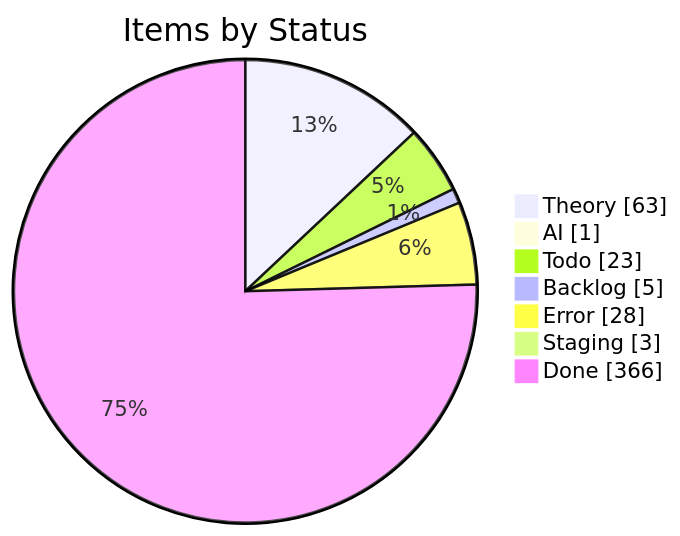
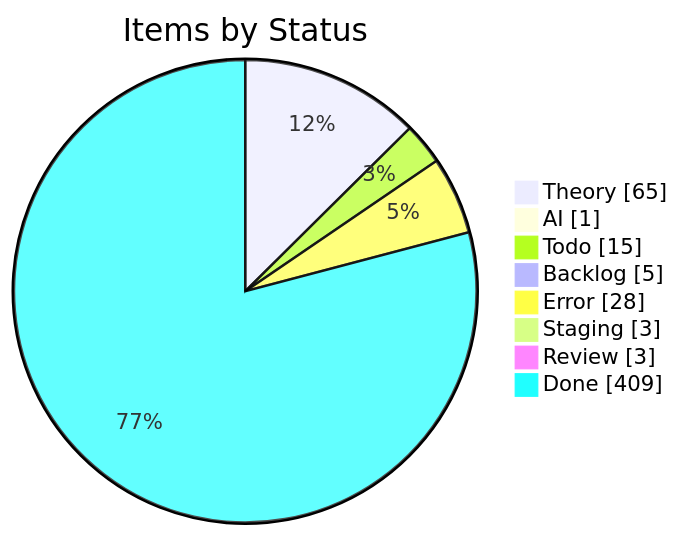
Before and after one commit to KBVE/kbve: the first of 4 diagrams in apps/kbve/astro-kbve/src/content/docs/dashboard/kanban-data.mdx, drawn with Mermaid. The commit also changed other lines of this file and 8 other files, not shown here.

````diff
--- a/apps/kbve/astro-kbve/src/content/docs/dashboard/kanban-data.mdx
+++ b/apps/kbve/astro-kbve/src/content/docs/dashboard/kanban-data.mdx
@@ -55,11 +55,12 @@
 ```mermaid
 pie showData
     title Items by Status
-    "Theory" : 63
+    "Theory" : 65
     "AI" : 1
-    "Todo" : 23
+    "Todo" : 15
     "Backlog" : 5
     "Error" : 28
     "Staging" : 3
-    "Done" : 366
+    "Review" : 3
+    "Done" : 409
 ```
````
